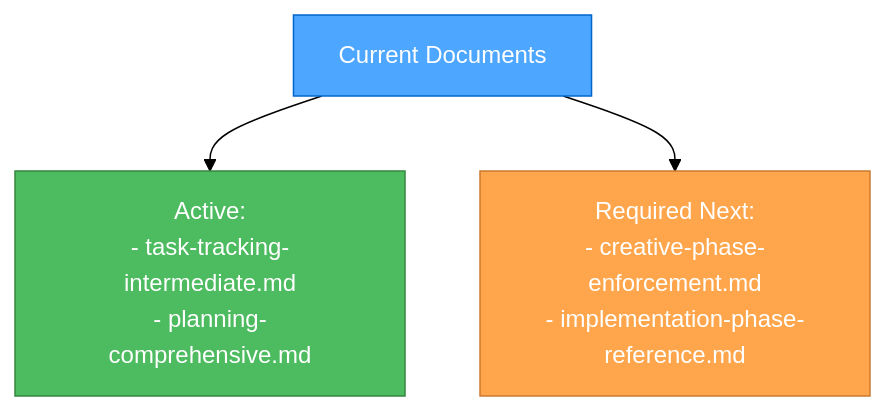
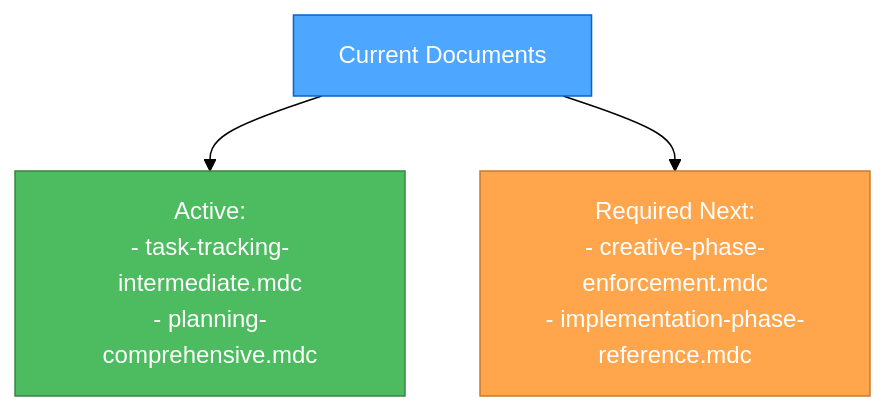
One commit to vedmalex/b-plus-tree changed the fourth of 4 diagrams in .cursor/rules/isolation_rules/Level3/task-tracking-intermediate.mdc. Above: the diagram before and after it, drawn with Mermaid (forest theme). The commit also changed other lines of this file and 53 other files, not shown here.

````diff
--- a/.cursor/rules/isolation_rules/Level3/task-tracking-intermediate.mdc
+++ b/.cursor/rules/isolation_rules/Level3/task-tracking-intermediate.mdc
@@ -127,9 +127,9 @@
 ```mermaid
 graph TD
-    Current["Current Documents"] --> Active["Active:<br>- task-tracking-intermediate.md<br>- planning-comprehensive.md"]
-    Current --> Required["Required Next:<br>- creative-phase-enforcement.md<br>- implementation-phase-reference.md"]
-    
+    Current["Current Documents"] --> Active["Active:<br>- task-tracking-intermediate.mdc<br>- planning-comprehensive.mdc"]
+    Current --> Required["Required Next:<br>- creative-phase-enforcement.mdc<br>- implementation-phase-reference.mdc"]
+
     style Current fill:#4da6ff,stroke:#0066cc,color:white
     style Active fill:#4dbb5f,stroke:#36873f,color:white
     style Required fill:#ffa64d,stroke:#cc7a30,color:white
-``` 
+```
````
